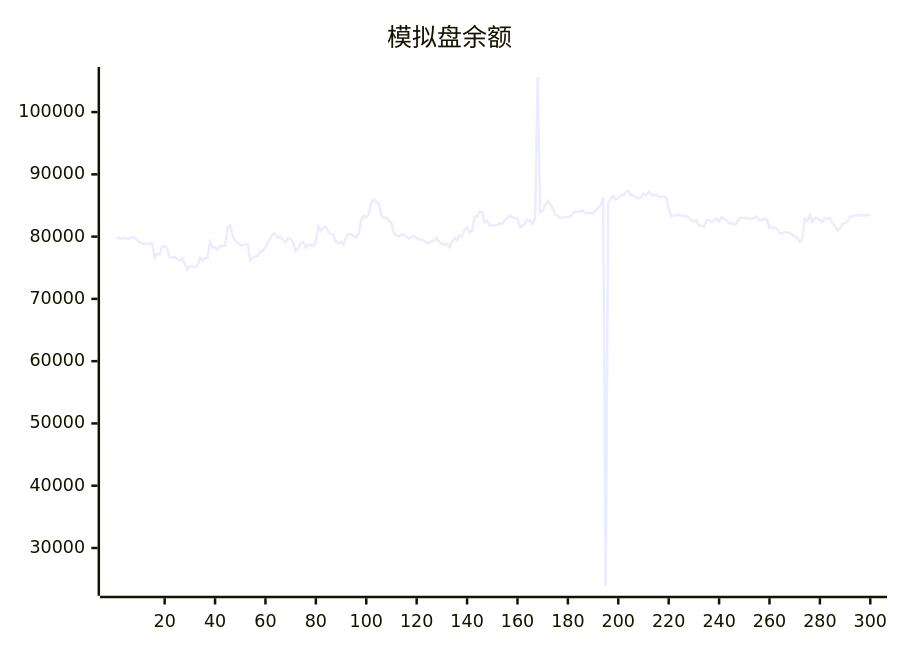
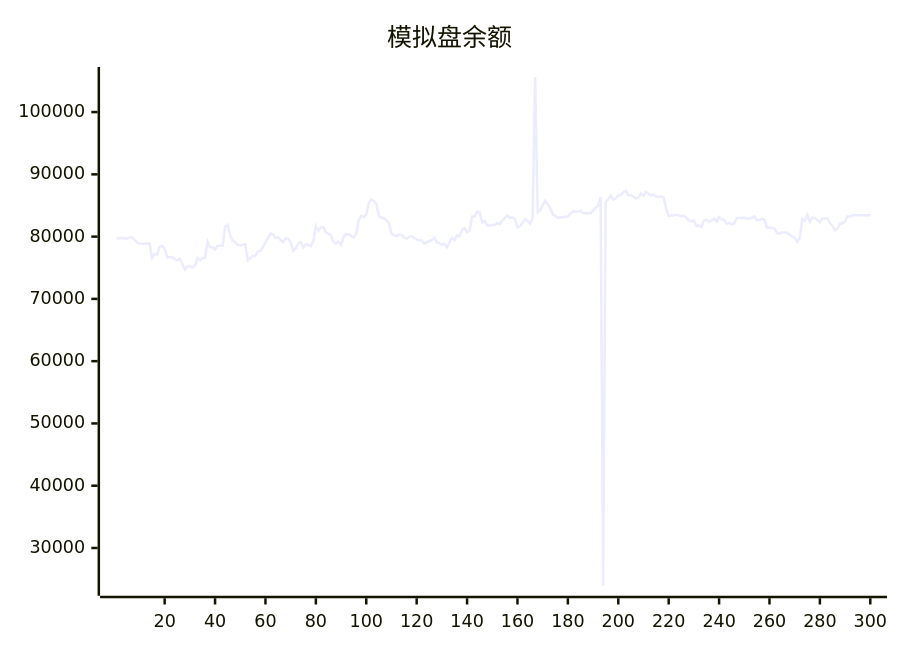
Before and after one commit to aahl/ai-trading: the diagram in README.md, drawn with Mermaid. The commit also changed other lines of this file and 1 other file, not shown here.

````diff
--- a/README.md
+++ b/README.md
@@ -5,5 +5,5 @@
 ```mermaid
 xychart
     title "模拟盘余额"
-    line [79966,79689,79689,79819,79692,79692,79850,79850,79518,79071,78889,78850,78850,78878,78878,76554,77202,77103,78357,78510,78106,76678,76677,76672,76411,76159,76485,75656,74695,75197,75246,75052,75334,76564,76179,76553,76551,79196,78300,78300,77944,78531,78531,78521,81564,81884,80160,79335,79055,78675,78580,78708,78764,76179,76586,76902,76876,77658,77669,78346,79023,79769,80497,80366,79761,79896,79448,79126,79749,79658,79097,77695,78114,78888,79126,78249,78738,78653,78478,79271,81680,80923,81488,81527,80681,80455,80190,79084,78879,79193,78686,79954,80403,80374,80118,79848,80491,82665,83351,83098,83525,85430,85983,85737,85221,83378,83014,83043,82613,82216,80477,80208,80081,80348,80277,79894,79670,79965,80093,79786,79542,79406,79371,78893,79087,79304,79406,79841,79072,78978,78696,78846,78272,79085,79787,79442,80198,80031,81120,81379,80718,80985,83214,83212,83993,83921,82270,82547,81776,81776,81866,81866,82158,82061,82596,83000,83408,83041,83050,82858,81503,81691,82188,82812,82517,82092,82901,105633,83898,84180,85030,85781,85178,84604,83569,83298,83008,83093,83107,83175,83228,83729,84025,84017,84019,84177,83775,83762,83785,83738,84160,84639,84939,86370,23934,85548,86046,86599,85942,86161,86622,86664,87115,87369,86666,86685,86384,86152,86243,86969,86548,87164,86885,86566,86809,86427,86348,86417,86273,84538,83299,83369,83430,83490,83404,83270,83362,83056,82605,82459,82614,81734,81788,81551,82598,82702,82320,82580,82878,82426,83139,82778,82686,82056,82166,81963,82110,82951,82983,82984,83038,82838,82915,82998,83235,82642,82682,82858,82746,81396,81512,81362,81277,80600,80461,80699,80673,80616,80288,80038,79836,79142,79722,82837,82533,83480,82366,83032,82960,82654,82330,82883,82934,82901,82188,81728,81005,81298,82110,82135,82449,83264,83203,83440,83439,83440,83440,83446,83447,83448]
+    line [79689,79689,79819,79692,79692,79850,79850,79518,79071,78889,78850,78850,78878,78878,76554,77202,77103,78357,78510,78106,76678,76677,76672,76411,76159,76485,75656,74695,75197,75246,75052,75334,76564,76179,76553,76551,79196,78300,78300,77944,78531,78531,78521,81564,81884,80160,79335,79055,78675,78580,78708,78764,76179,76586,76902,76876,77658,77669,78346,79023,79769,80497,80366,79761,79896,79448,79126,79749,79658,79097,77695,78114,78888,79126,78249,78738,78653,78478,79271,81680,80923,81488,81527,80681,80455,80190,79084,78879,79193,78686,79954,80403,80374,80118,79848,80491,82665,83351,83098,83525,85430,85983,85737,85221,83378,83014,83043,82613,82216,80477,80208,80081,80348,80277,79894,79670,79965,80093,79786,79542,79406,79371,78893,79087,79304,79406,79841,79072,78978,78696,78846,78272,79085,79787,79442,80198,80031,81120,81379,80718,80985,83214,83212,83993,83921,82270,82547,81776,81776,81866,81866,82158,82061,82596,83000,83408,83041,83050,82858,81503,81691,82188,82812,82517,82092,82901,105633,83898,84180,85030,85781,85178,84604,83569,83298,83008,83093,83107,83175,83228,83729,84025,84017,84019,84177,83775,83762,83785,83738,84160,84639,84939,86370,23934,85548,86046,86599,85942,86161,86622,86664,87115,87369,86666,86685,86384,86152,86243,86969,86548,87164,86885,86566,86809,86427,86348,86417,86273,84538,83299,83369,83430,83490,83404,83270,83362,83056,82605,82459,82614,81734,81788,81551,82598,82702,82320,82580,82878,82426,83139,82778,82686,82056,82166,81963,82110,82951,82983,82984,83038,82838,82915,82998,83235,82642,82682,82858,82746,81396,81512,81362,81277,80600,80461,80699,80673,80616,80288,80038,79836,79142,79722,82837,82533,83480,82366,83032,82960,82654,82330,82883,82934,82901,82188,81728,81005,81298,82110,82135,82449,83264,83203,83440,83439,83440,83440,83446,83447,83448,83447]
 ```
````
